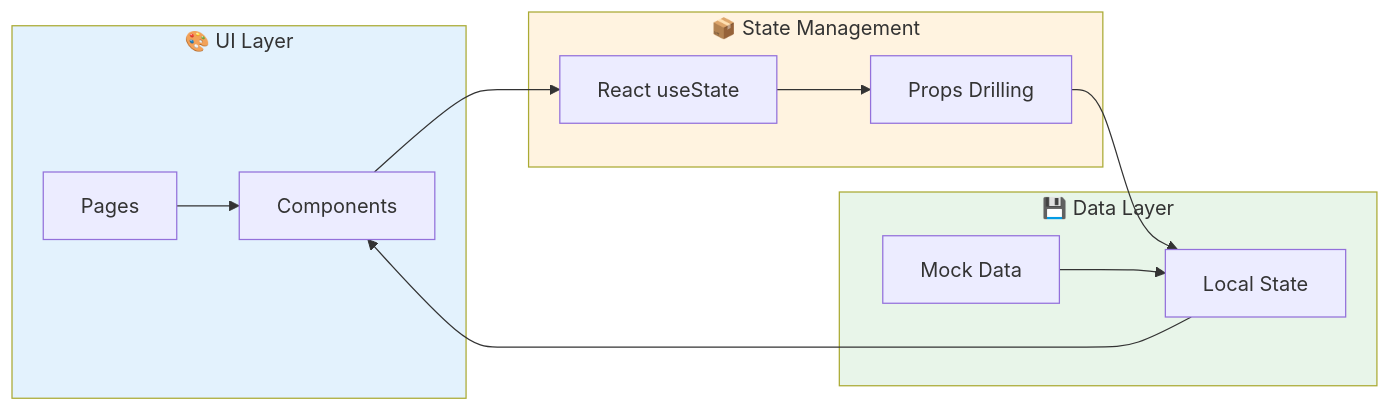
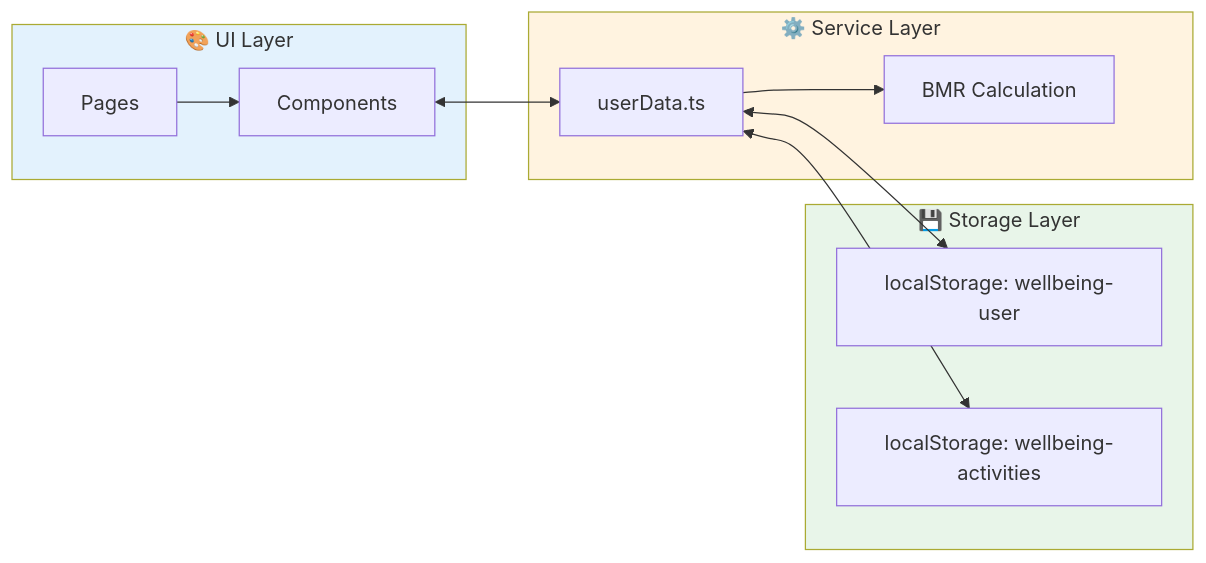
The third of 10 diagrams in docs/project_analysis.md (ilhaminudin24/ITDigital-wellbeing), drawn with Mermaid before and after one commit. The commit also changed other lines of this file and 8 other files, not shown here.

````diff
--- a/docs/project_analysis.md
+++ b/docs/project_analysis.md
@@ -151,28 +174,27 @@
 ```mermaid
 flowchart LR
     subgraph UI["🎨 UI Layer"]
         A[Pages]
         B[Components]
     end
 
-    subgraph State["📦 State Management"]
-        C[React useState]
-        D[Props Drilling]
+    subgraph Service["⚙️ Service Layer"]
+        C[userData.ts]
+        D[BMR Calculation]
     end
 
-    subgraph Data["💾 Data Layer"]
-        E[Mock Data]
-        F[Local State]
+    subgraph Storage["💾 Storage Layer"]
+        E[localStorage: wellbeing-user]
+        F[localStorage: wellbeing-activities]
     end
 
     A --> B
-    B --> C
+    B <--> C
     C --> D
-    D --> F
-    E --> F
-    F --> B
+    C <--> E
+    C <--> F
 
     style UI fill:#e3f2fd
-    style State fill:#fff3e0
-    style Data fill:#e8f5e9
+    style Service fill:#fff3e0
+    style Storage fill:#e8f5e9
 ```
````
